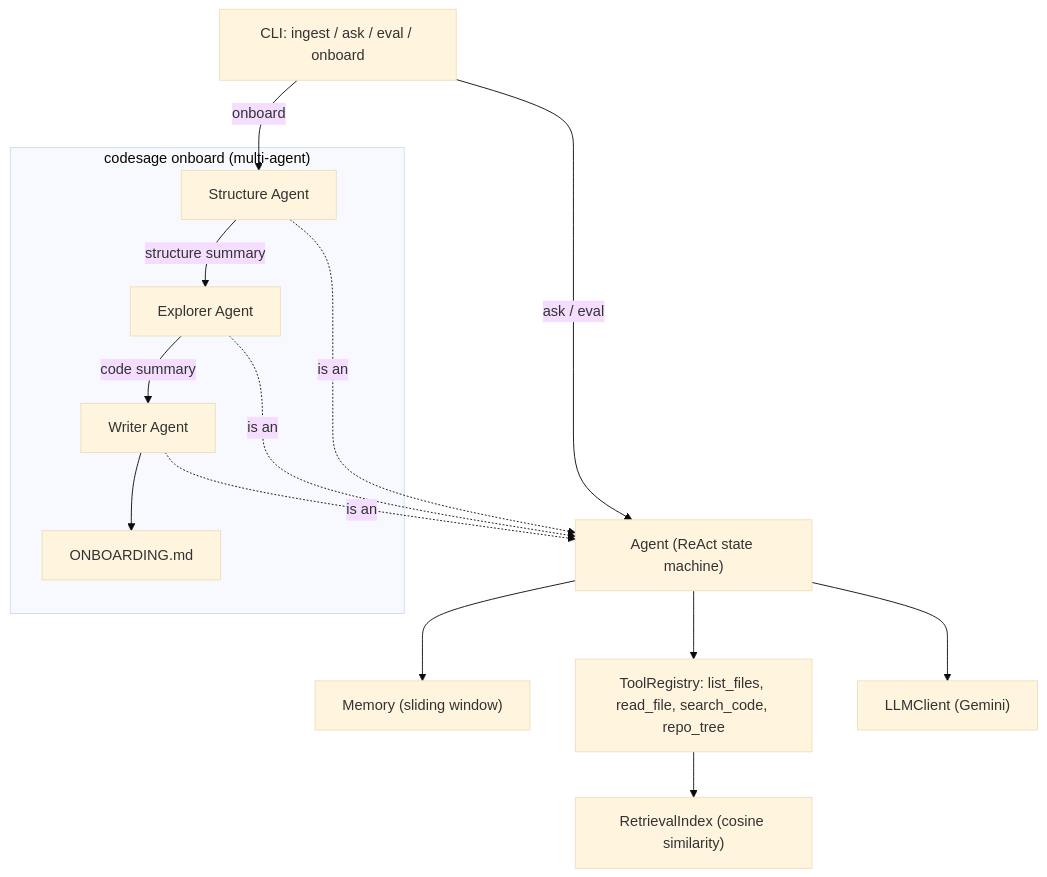
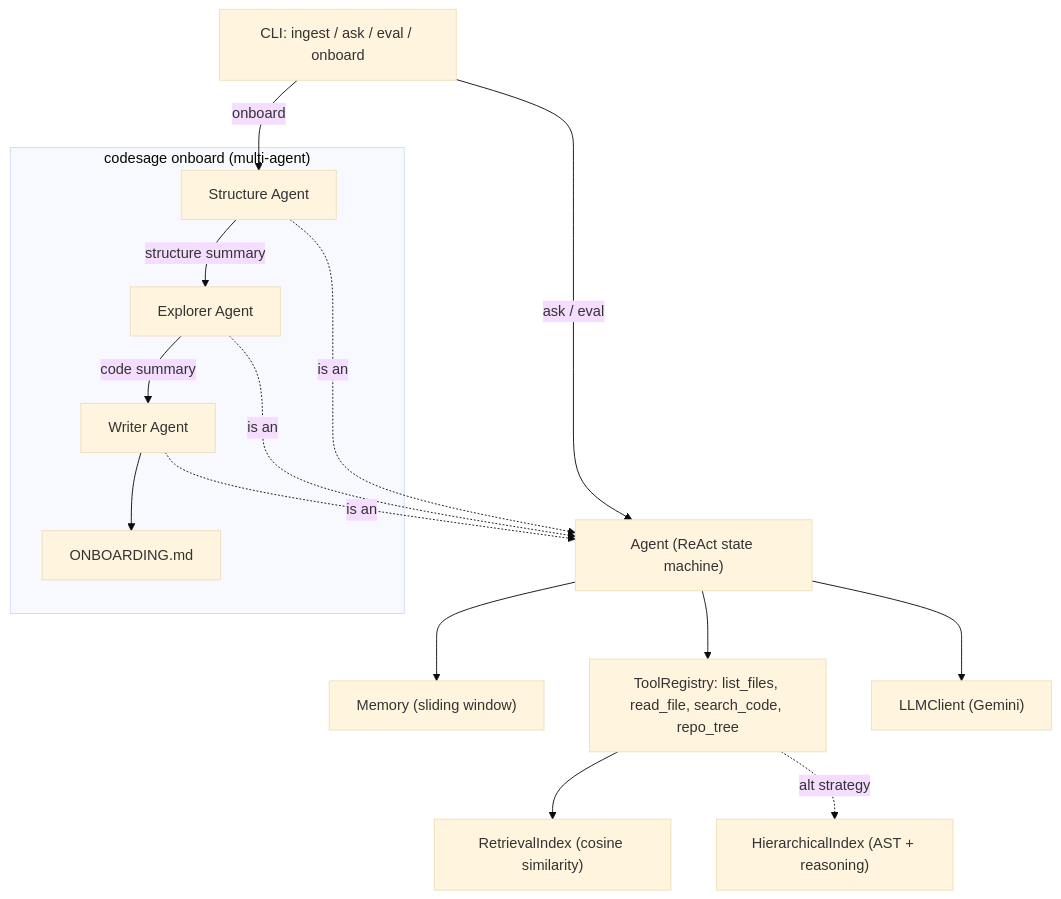
One commit to AnishSingh15/codesage changed the diagram in README.md. Above: the diagram before and after it, drawn with Mermaid (base theme). The commit also changed other lines of this file, not shown here.

````diff
--- a/README.md
+++ b/README.md
@@ -26,29 +26,31 @@
 ```mermaid
 graph TD
     CLI["CLI: ingest / ask / eval / onboard"]
     Agent["Agent (ReAct state machine)"]
     Memory["Memory (sliding window)"]
     Tools["ToolRegistry: list_files, read_file, search_code, repo_tree"]
     Index["RetrievalIndex (cosine similarity)"]
+    Hierarchy["HierarchicalIndex (AST + reasoning)"]
     LLM["LLMClient (Gemini)"]
 
     CLI -->|ask / eval| Agent
     Agent --> Memory
     Agent --> Tools
     Agent --> LLM
     Tools --> Index
+    Tools -.->|alt strategy| Hierarchy
 
     subgraph Onboard["codesage onboard (multi-agent)"]
         Structure["Structure Agent"]
         Explorer["Explorer Agent"]
         Writer["Writer Agent"]
         Structure -->|structure summary| Explorer
         Explorer -->|code summary| Writer
         Writer --> Output["ONBOARDING.md"]
     end
 
     CLI -->|onboard| Structure
     Structure -.->|is an| Agent
     Explorer -.->|is an| Agent
     Writer -.->|is an| Agent
 ```
````
